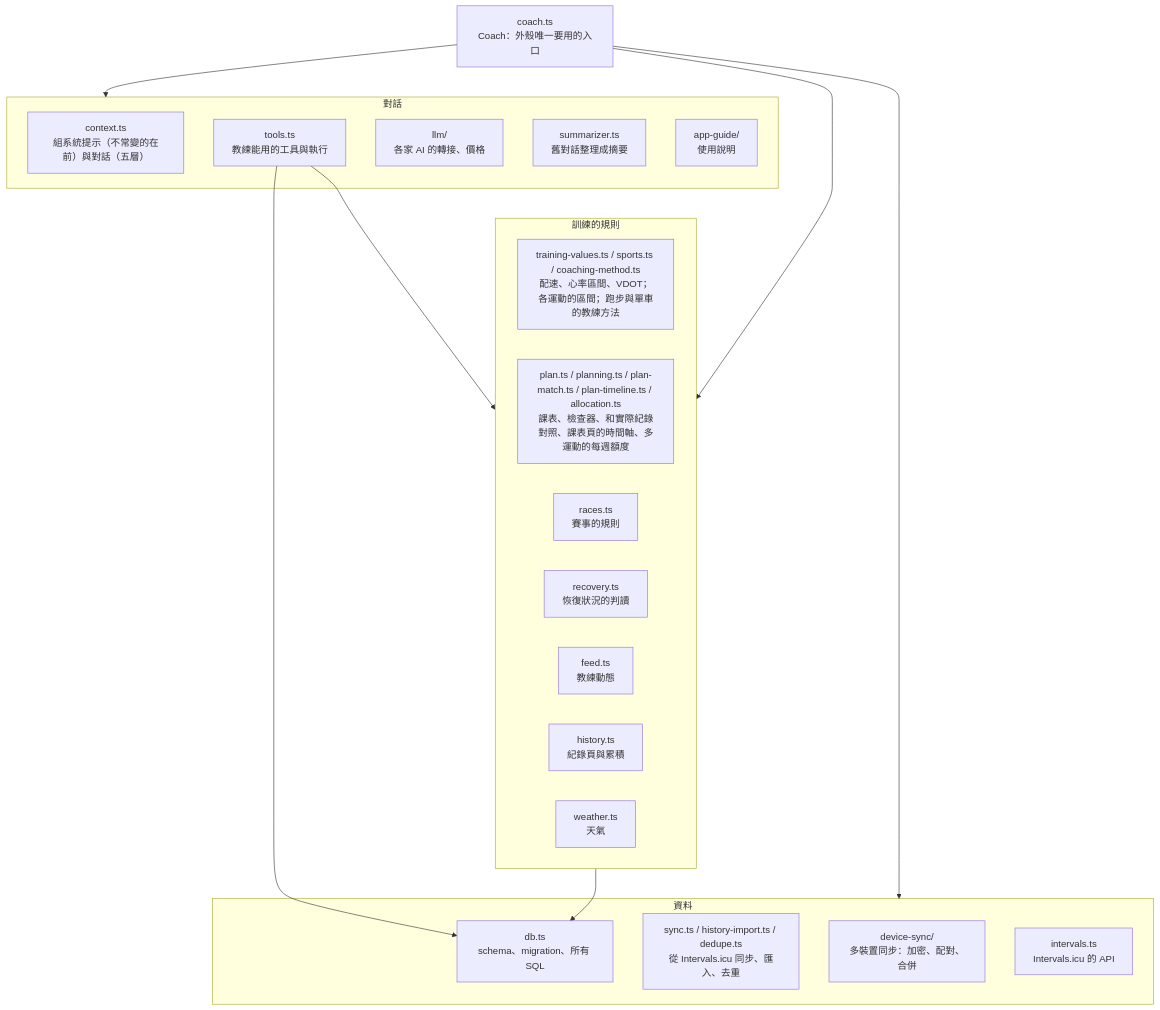
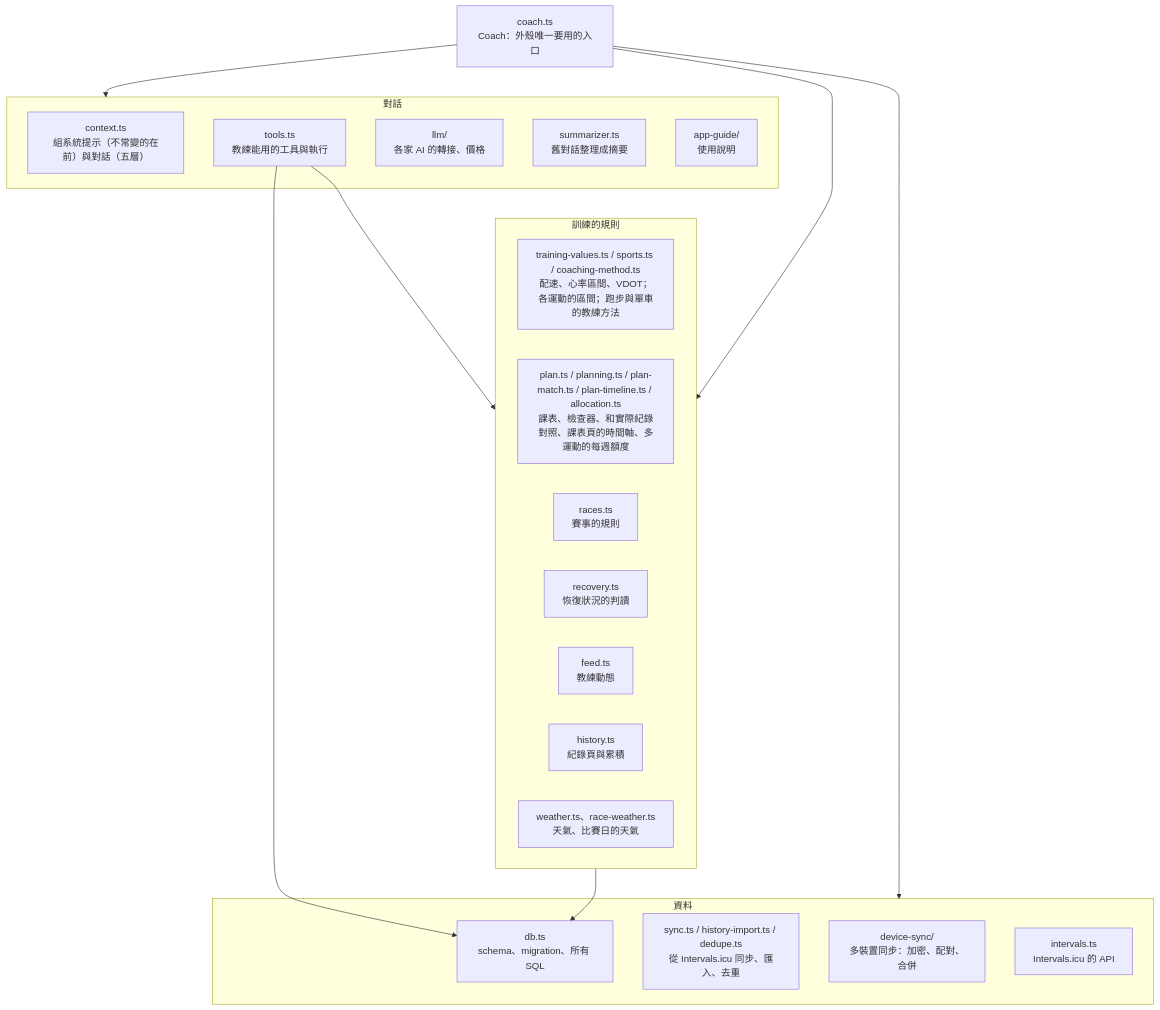
Before and after one commit to williampcs/RunningCoach: the second of 5 diagrams in doc/architecture.md, drawn with Mermaid. The commit also changed other lines of this file and 26 other files, not shown here.

First line of the commit message:
races: race-day weather within 16 days (place and start time on races)

````diff
--- a/doc/architecture.md
+++ b/doc/architecture.md
@@ -83,32 +83,32 @@
 ```mermaid
 flowchart TB
   coach["coach.ts<br/>Coach：外殼唯一要用的入口"]
   subgraph talk["對話"]
     context["context.ts<br/>組系統提示（不常變的在前）與對話（五層）"]
     tools["tools.ts<br/>教練能用的工具與執行"]
     llm["llm/<br/>各家 AI 的轉接、價格"]
     summarizer["summarizer.ts<br/>舊對話整理成摘要"]
     guide["app-guide/<br/>使用說明"]
   end
   subgraph domain["訓練的規則"]
     tv["training-values.ts / sports.ts / coaching-method.ts<br/>配速、心率區間、VDOT；各運動的區間；跑步與單車的教練方法"]
     plan["plan.ts / planning.ts / plan-match.ts / plan-timeline.ts / allocation.ts<br/>課表、檢查器、和實際紀錄對照、課表頁的時間軸、多運動的每週額度"]
     races["races.ts<br/>賽事的規則"]
     recovery["recovery.ts<br/>恢復狀況的判讀"]
     feed["feed.ts<br/>教練動態"]
     history["history.ts<br/>紀錄頁與累積"]
-    weather["weather.ts<br/>天氣"]
+    weather["weather.ts、race-weather.ts<br/>天氣、比賽日的天氣"]
   end
   subgraph data["資料"]
     db["db.ts<br/>schema、migration、所有 SQL"]
     sync["sync.ts / history-import.ts / dedupe.ts<br/>從 Intervals.icu 同步、匯入、去重"]
     ds["device-sync/<br/>多裝置同步：加密、配對、合併"]
     icu["intervals.ts<br/>Intervals.icu 的 API"]
   end
   coach --> talk
   coach --> domain
   coach --> data
   tools --> domain
   tools --> db
   domain --> db
 ```
````
